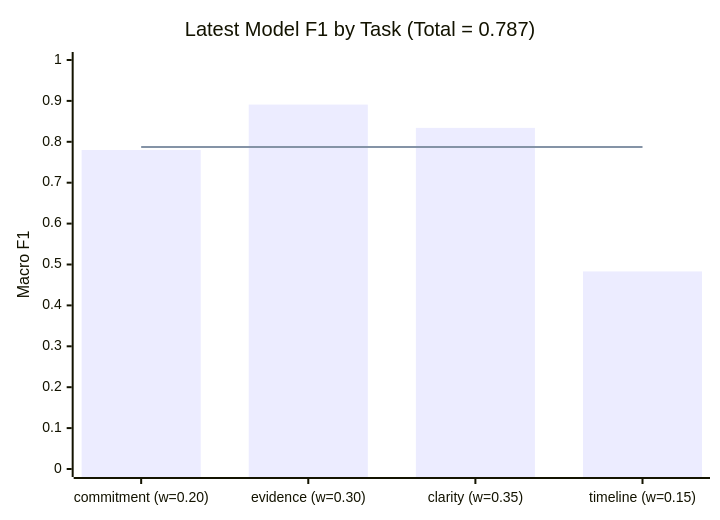
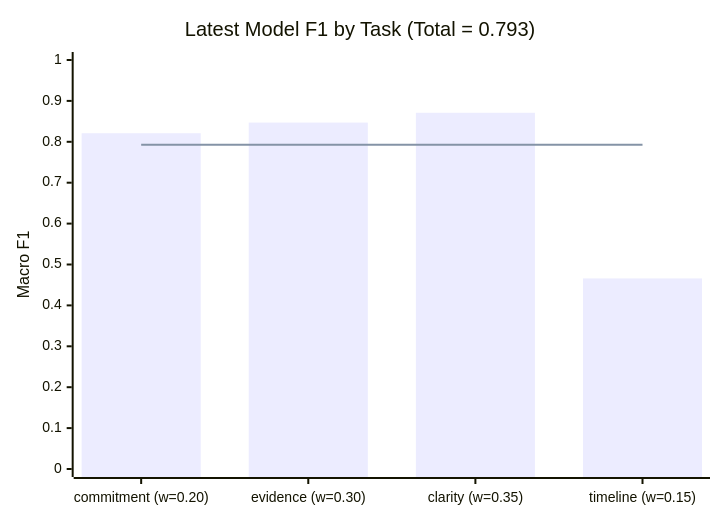
The first of 2 diagrams in PROJECT_STATUS.md (fylel/ESG-Sustainability-Commitment-Verification-Competition-2026), drawn with Mermaid before and after one commit. The commit also changed other lines of this file and 2 other files, not shown here.

````diff
--- a/PROJECT_STATUS.md
+++ b/PROJECT_STATUS.md
@@ -103,8 +104,8 @@
 ```mermaid
 xychart-beta
-    title "Latest Model F1 by Task (Total = 0.787)"
+    title "Latest Model F1 by Task (Total = 0.793)"
     x-axis ["commitment (w=0.20)", "evidence (w=0.30)", "clarity (w=0.35)", "timeline (w=0.15)"]
     y-axis "Macro F1" 0 --> 1
-    bar [0.780, 0.891, 0.834, 0.483]
-    line [0.787, 0.787, 0.787, 0.787]
+    bar [0.821, 0.847, 0.871, 0.466]
+    line [0.793, 0.793, 0.793, 0.793]
 ```
````
